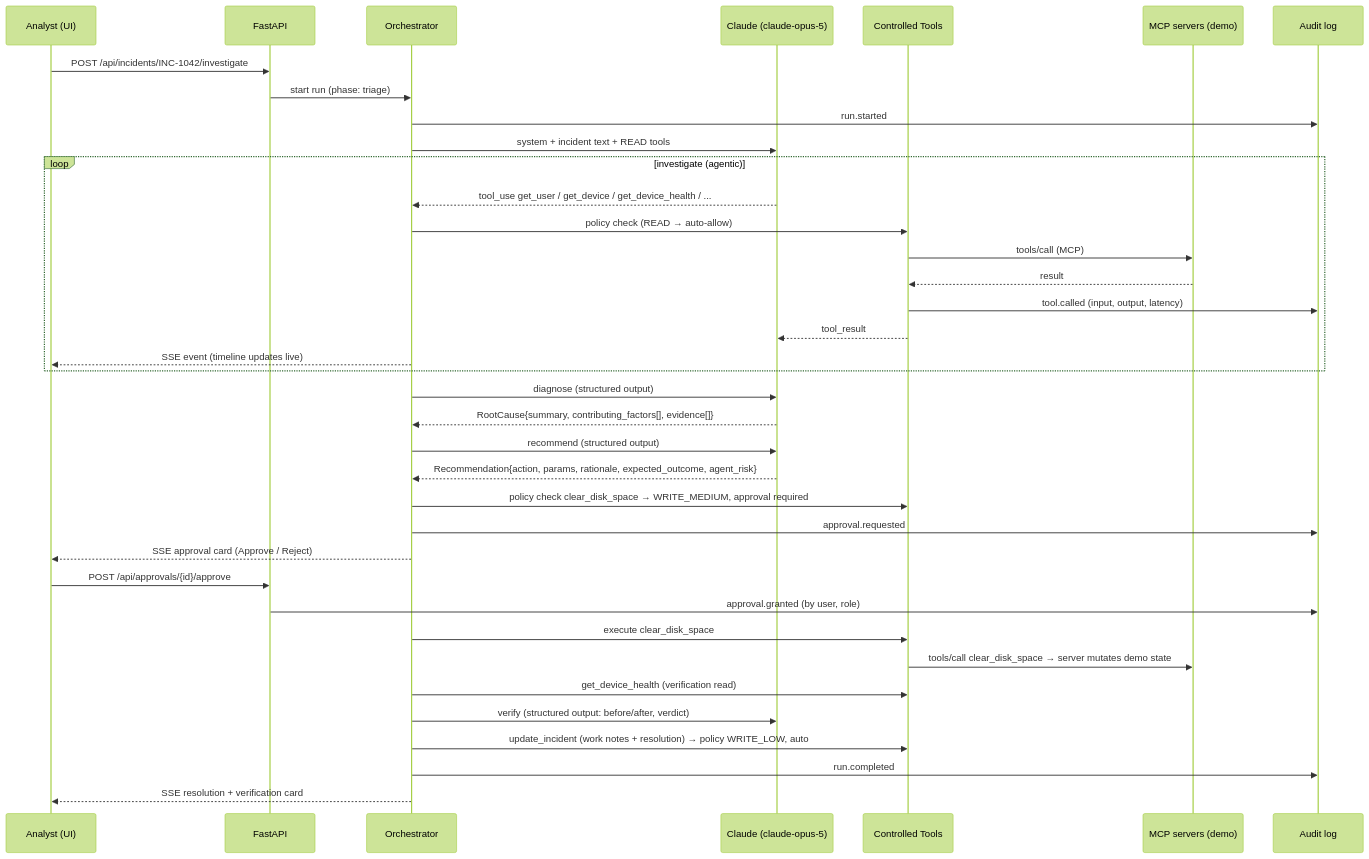
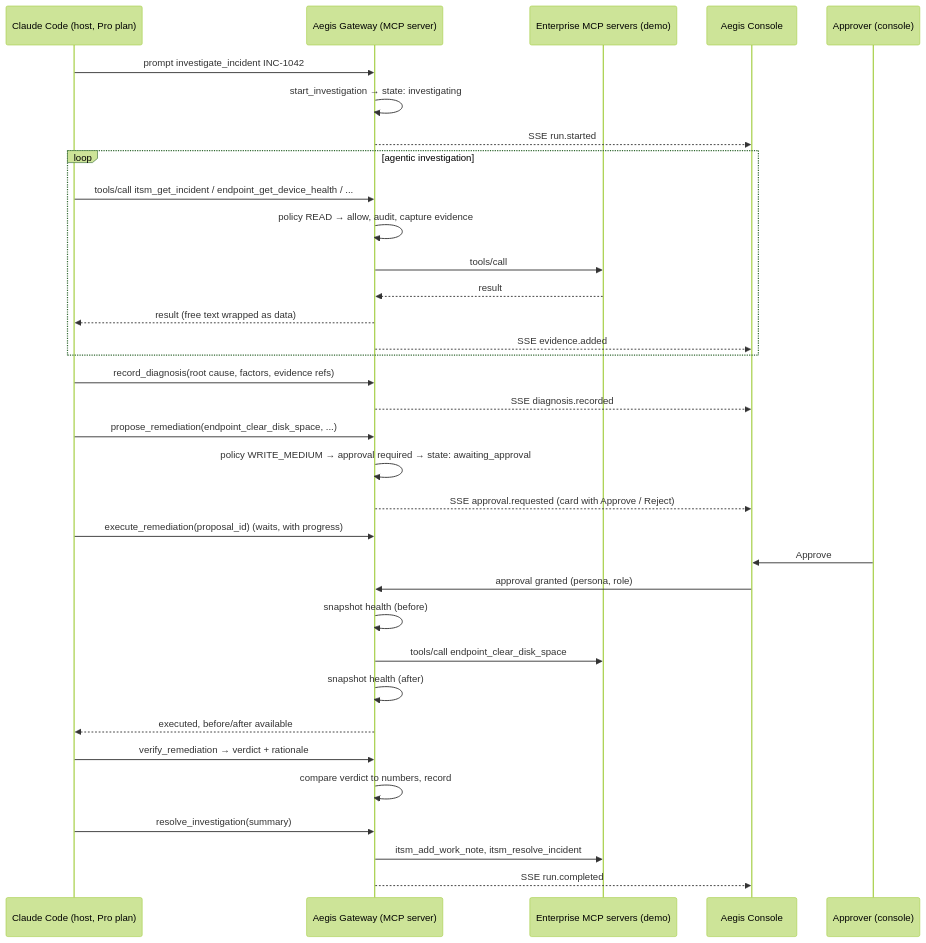
Before and after one commit to skv-labs1/AEGIS: the diagram in docs/ARCHITECTURE.md, drawn with Mermaid (forest theme). The commit also changed other lines of this file and 1 other file, not shown here.

First line of the commit message:
Reframe Aegis as a governing MCP server with an external agent host

````diff
--- a/docs/ARCHITECTURE.md
+++ b/docs/ARCHITECTURE.md
@@ -343,40 +296,37 @@
 ```mermaid
 sequenceDiagram
-    participant U as Analyst (UI)
-    participant API as FastAPI
-    participant O as Orchestrator
-    participant C as Claude (claude-opus-5)
-    participant T as Controlled Tools
-    participant M as MCP servers (demo)
-    participant A as Audit log
+    participant H as Claude Code (host, Pro plan)
+    participant G as Aegis Gateway (MCP server)
+    participant E as Enterprise MCP servers (demo)
+    participant C as Aegis Console
+    participant U as Approver (console)
 
-    U->>API: POST /api/incidents/INC-1042/investigate
-    API->>O: start run (phase: triage)
-    O->>A: run.started
-    O->>C: system + incident text + READ tools
-    loop investigate (agentic)
-        C-->>O: tool_use get_user / get_device / get_device_health / ...
-        O->>T: policy check (READ → auto-allow)
-        T->>M: tools/call (MCP)
-        M-->>T: result
-        T->>A: tool.called (input, output, latency)
-        T-->>C: tool_result
-        O-->>U: SSE event (timeline updates live)
+    H->>G: prompt investigate_incident INC-1042
+    G->>G: start_investigation → state: investigating
+    G-->>C: SSE run.started
+    loop agentic investigation
+        H->>G: tools/call itsm_get_incident / endpoint_get_device_health / ...
+        G->>G: policy READ → allow, audit, capture evidence
+        G->>E: tools/call
+        E-->>G: result
+        G-->>H: result (free text wrapped as data)
+        G-->>C: SSE evidence.added
     end
-    O->>C: diagnose (structured output)
-    C-->>O: RootCause{summary, contributing_factors[], evidence[]}
-    O->>C: recommend (structured output)
-    C-->>O: Recommendation{action, params, rationale, expected_outcome, agent_risk}
-    O->>T: policy check clear_disk_space → WRITE_MEDIUM, approval required
-    O->>A: approval.requested
-    O-->>U: SSE approval card (Approve / Reject)
-    U->>API: POST /api/approvals/{id}/approve
-    API->>A: approval.granted (by user, role)
-    O->>T: execute clear_disk_space
-    T->>M: tools/call clear_disk_space → server mutates demo state
-    O->>T: get_device_health (verification read)
-    O->>C: verify (structured output: before/after, verdict)
-    O->>T: update_incident (work notes + resolution) → policy WRITE_LOW, auto
-    O->>A: run.completed
-    O-->>U: SSE resolution + verification card
+    H->>G: record_diagnosis(root cause, factors, evidence refs)
+    G-->>C: SSE diagnosis.recorded
+    H->>G: propose_remediation(endpoint_clear_disk_space, ...)
+    G->>G: policy WRITE_MEDIUM → approval required → state: awaiting_approval
+    G-->>C: SSE approval.requested (card with Approve / Reject)
+    H->>G: execute_remediation(proposal_id)  (waits, with progress)
+    U->>C: Approve
+    C->>G: approval granted (persona, role)
+    G->>G: snapshot health (before)
+    G->>E: tools/call endpoint_clear_disk_space
+    G->>G: snapshot health (after)
+    G-->>H: executed, before/after available
+    H->>G: verify_remediation → verdict + rationale
+    G->>G: compare verdict to numbers, record
+    H->>G: resolve_investigation(summary)
+    G->>E: itsm_add_work_note, itsm_resolve_incident
+    G-->>C: SSE run.completed
 ```
````
